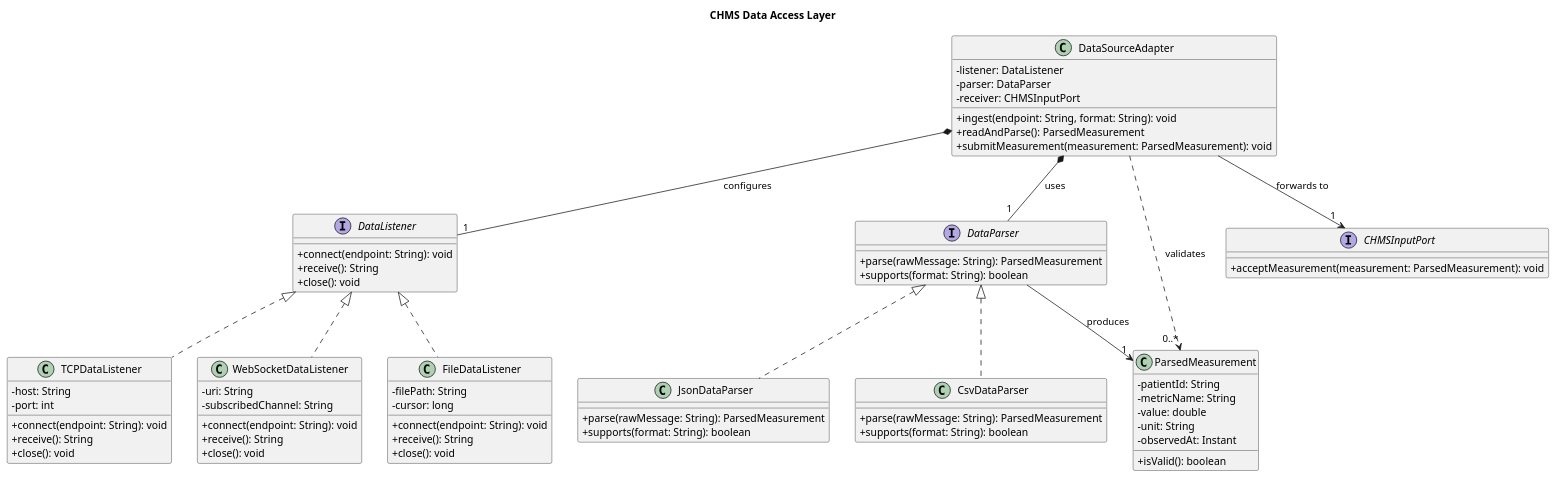
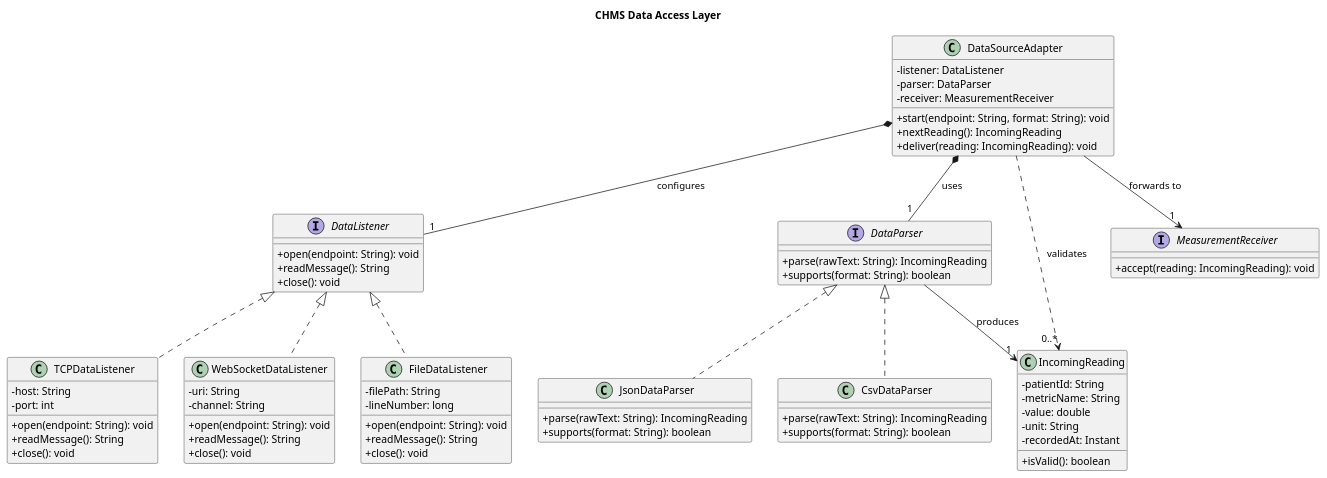
One commit to Matteo-RSV/Signal-Project-SE changed the diagram in uml_models/data_access_layer.puml. Above: the diagram before and after it, drawn with PlantUML. The commit also changed 8 other files, not shown here.

Commit message:
Finalize UML models and documentation

```diff
--- a/uml_models/data_access_layer.puml
+++ b/uml_models/data_access_layer.puml
@@ -1,83 +1,83 @@
 @startuml
 skinparam classAttributeIconSize 0
 title CHMS Data Access Layer
 
 interface DataListener {
-  + connect(endpoint: String): void
-  + receive(): String
+  + open(endpoint: String): void
+  + readMessage(): String
   + close(): void
 }
 
 class TCPDataListener {
   - host: String
   - port: int
-  + connect(endpoint: String): void
-  + receive(): String
+  + open(endpoint: String): void
+  + readMessage(): String
   + close(): void
 }
 
 class WebSocketDataListener {
   - uri: String
-  - subscribedChannel: String
-  + connect(endpoint: String): void
-  + receive(): String
+  - channel: String
+  + open(endpoint: String): void
+  + readMessage(): String
   + close(): void
 }
 
 class FileDataListener {
   - filePath: String
-  - cursor: long
-  + connect(endpoint: String): void
-  + receive(): String
+  - lineNumber: long
+  + open(endpoint: String): void
+  + readMessage(): String
   + close(): void
 }
 
 interface DataParser {
-  + parse(rawMessage: String): ParsedMeasurement
+  + parse(rawText: String): IncomingReading
   + supports(format: String): boolean
 }
 
 class JsonDataParser {
-  + parse(rawMessage: String): ParsedMeasurement
+  + parse(rawText: String): IncomingReading
   + supports(format: String): boolean
 }
 
 class CsvDataParser {
-  + parse(rawMessage: String): ParsedMeasurement
+  + parse(rawText: String): IncomingReading
   + supports(format: String): boolean
 }
 
 class DataSourceAdapter {
   - listener: DataListener
   - parser: DataParser
-  - receiver: CHMSInputPort
-  + ingest(endpoint: String, format: String): void
-  + readAndParse(): ParsedMeasurement
-  + submitMeasurement(measurement: ParsedMeasurement): void
+  - receiver: MeasurementReceiver
+  + start(endpoint: String, format: String): void
+  + nextReading(): IncomingReading
+  + deliver(reading: IncomingReading): void
 }
 
-class ParsedMeasurement {
+class IncomingReading {
   - patientId: String
   - metricName: String
   - value: double
   - unit: String
-  - observedAt: Instant
+  - recordedAt: Instant
   + isValid(): boolean
 }
 
-interface CHMSInputPort {
-  + acceptMeasurement(measurement: ParsedMeasurement): void
+interface MeasurementReceiver {
+  + accept(reading: IncomingReading): void
 }
 
 DataListener <|.. TCPDataListener
 DataListener <|.. WebSocketDataListener
 DataListener <|.. FileDataListener
 DataParser <|.. JsonDataParser
 DataParser <|.. CsvDataParser
 DataSourceAdapter *-- "1" DataListener : configures
 DataSourceAdapter *-- "1" DataParser : uses
-DataParser --> "1" ParsedMeasurement : produces
-DataSourceAdapter --> "1" CHMSInputPort : forwards to
-DataSourceAdapter ..> "0..*" ParsedMeasurement : validates
+DataParser --> "1" IncomingReading : produces
+DataSourceAdapter --> "1" MeasurementReceiver : forwards to
+DataSourceAdapter ..> "0..*" IncomingReading : validates
 
 @enduml
```
